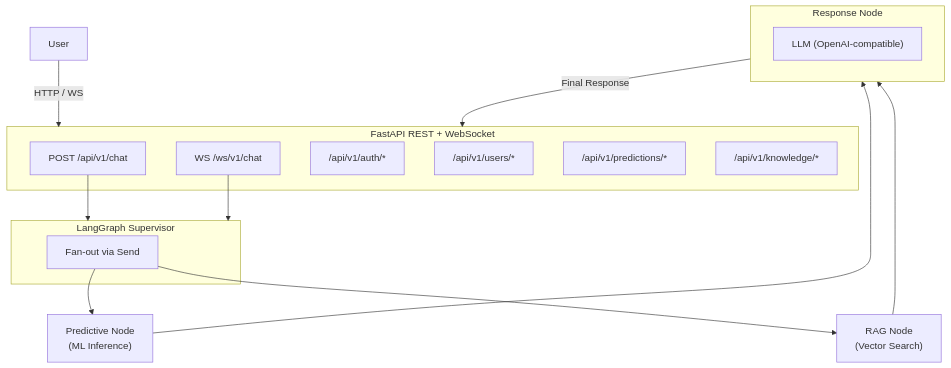
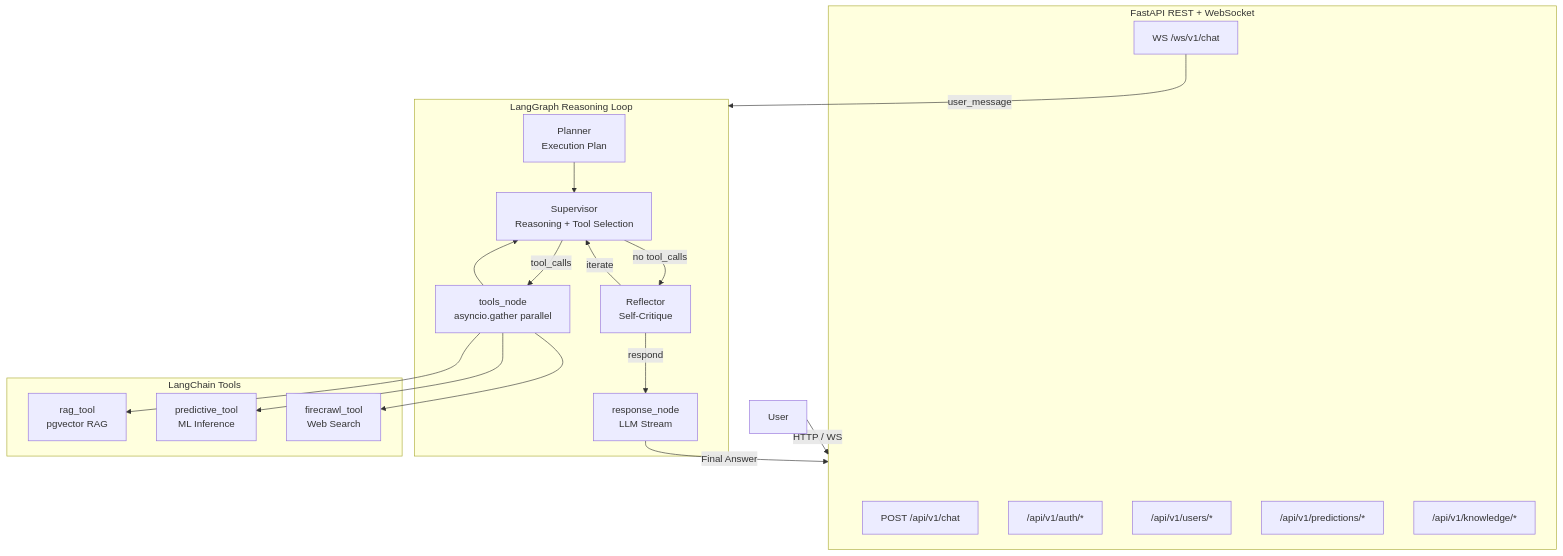
The diagram in server/README.md (misbahul45/eduLearn), drawn with Mermaid before and after one commit. The commit also changed other lines of this file and 3 other files, not shown here.

Commit message:
feat: enhance README documentation with detailed LangGraph reasoning loop and event handling

````diff
--- a/server/README.md
+++ b/server/README.md
@@ -7,32 +7,41 @@
 ```mermaid
 flowchart TD
     User -->|HTTP / WS| FastAPI
     
     subgraph FastAPI [FastAPI REST + WebSocket]
         CHAT["POST /api/v1/chat"]
         WS["WS /ws/v1/chat"]
         AUTH["/api/v1/auth/*"]
         USERS["/api/v1/users/*"]
         PRED["/api/v1/predictions/*"]
         KNOW["/api/v1/knowledge/*"]
     end
     
-    CHAT --> Supervisor
-    WS --> Supervisor
+    WS -->|"user_message"| Graph
     
-    subgraph Supervisor [LangGraph Supervisor]
-        SEND["Fan-out via Send"]
+    subgraph Graph [LangGraph Reasoning Loop]
+        PLANNER["Planner<br/>Execution Plan"]
+        SUPERVISOR["Supervisor<br/>Reasoning + Tool Selection"]
+        TOOLS["tools_node<br/>asyncio.gather parallel"]
+        REFLECTOR["Reflector<br/>Self-Critique"]
+        RESPOND["response_node<br/>LLM Stream"]
     end
     
-    SEND --> PredictiveNode["Predictive Node<br/>(ML Inference)"]
-    SEND --> RAGNode["RAG Node<br/>(Vector Search)"]
+    PLANNER --> SUPERVISOR
+    SUPERVISOR -->|tool_calls| TOOLS
+    TOOLS --> SUPERVISOR
+    SUPERVISOR -->|"no tool_calls"| REFLECTOR
+    REFLECTOR -->|"iterate"| SUPERVISOR
+    REFLECTOR -->|"respond"| RESPOND
+    RESPOND -->|"Final Answer"| FastAPI
     
-    PredictiveNode --> ResponseNode
-    RAGNode --> ResponseNode
-    
-    subgraph ResponseNode [Response Node]
-        LLM["LLM (OpenAI-compatible)"]
+    subgraph Tools [LangChain Tools]
+        RAG["rag_tool<br/>pgvector RAG"]
+        PREDTOOL["predictive_tool<br/>ML Inference"]
+        FIRECRAWL["firecrawl_tool<br/>Web Search"]
     end
     
-    ResponseNode -->|"Final Response"| FastAPI
+    TOOLS --> RAG
+    TOOLS --> PREDTOOL
+    TOOLS --> FIRECRAWL
 ```
````
